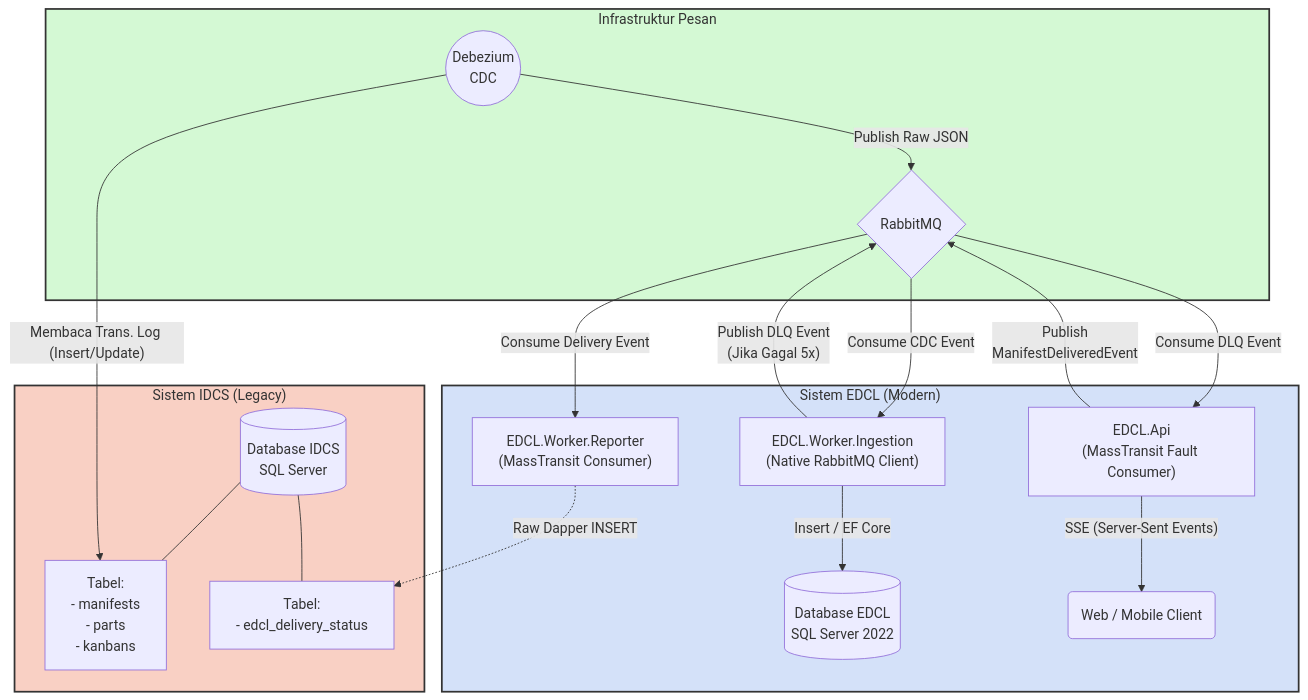
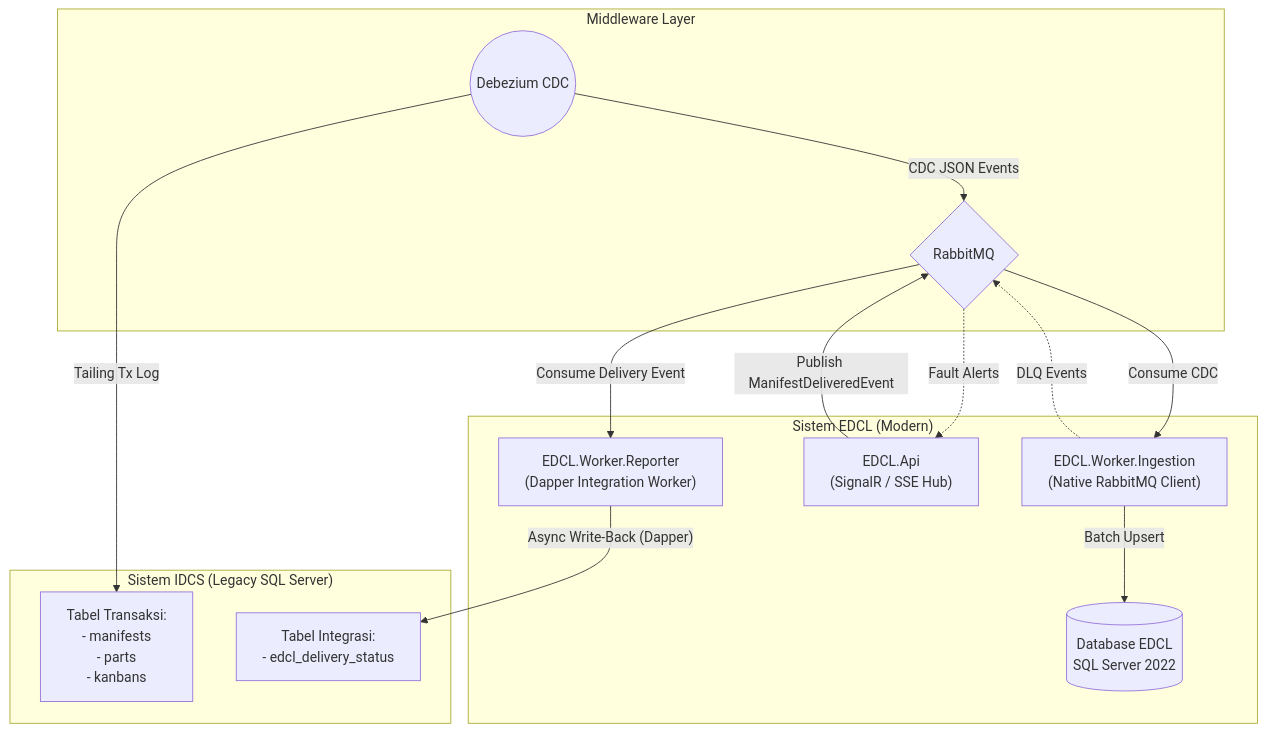
The diagram in docs/architecture/idcs-edcl-integration.md (odealidj/minione-edcl-net), drawn with Mermaid before and after one commit. The commit also changed other lines of this file and 21 other files, not shown here.

````diff
--- a/docs/architecture/idcs-edcl-integration.md
+++ b/docs/architecture/idcs-edcl-integration.md
@@ -11,61 +9,32 @@
 ```mermaid
 flowchart TD
-    %% Define Styles
-    classDef idcsSystem fill:#f9d0c4,stroke:#333,stroke-width:2px;
-    classDef edclSystem fill:#d4e1f9,stroke:#333,stroke-width:2px;
-    classDef broker fill:#d4f9d4,stroke:#333,stroke-width:2px;
+    subgraph IDCS ["Sistem IDCS (Legacy SQL Server)"]
+        tbl_manifest["Tabel Transaksi:\n- manifests\n- parts\n- kanbans"]
+        tbl_delivery["Tabel Integrasi:\n- edcl_delivery_status"]
+    end
 
-    %% --------------------------------
-    %% 1. IDCS BOUNDARY
-    %% --------------------------------
-    subgraph IDCS ["Sistem IDCS (Legacy)"]
-        idcs_db[("Database IDCS\nSQL Server")]
-        tbl_manifest["Tabel:\n- manifests\n- parts\n- kanbans"]
-        tbl_delivery["Tabel:\n- edcl_delivery_status"]
-        
-        idcs_db --- tbl_manifest
-        idcs_db --- tbl_delivery
-    end
-    class IDCS idcsSystem;
-
-    %% --------------------------------
-    %% 2. MESSAGE BROKER BOUNDARY
-    %% --------------------------------
-    subgraph Middleware ["Infrastruktur Pesan"]
-        debezium(("Debezium\nCDC"))
+    subgraph Middleware ["Middleware Layer"]
+        debezium(("Debezium CDC"))
         rabbitmq{"RabbitMQ"}
         
-        debezium -- Membaca Trans. Log (Insert/Update) --> tbl_manifest
-        debezium -- Publish Raw JSON --> rabbitmq
+        debezium -- "Tailing Tx Log" --> tbl_manifest
+        debezium -- "CDC JSON Events" --> rabbitmq
     end
-    class Middleware broker;
 
-    %% --------------------------------
-    %% 3. EDCL BOUNDARY
-    %% --------------------------------
     subgraph EDCL ["Sistem EDCL (Modern)"]
         worker_ingestion["EDCL.Worker.Ingestion\n(Native RabbitMQ Client)"]
-        edcl_api["EDCL.Api\n(MassTransit Fault Consumer)"]
+        edcl_api["EDCL.Api\n(SignalR / SSE Hub)"]
         edcl_db[("Database EDCL\nSQL Server 2022")]
-        edcl_ui("Web / Mobile Client")
+        worker_reporter["EDCL.Worker.Reporter\n(Dapper Integration Worker)"]
         
-        worker_reporter["EDCL.Worker.Reporter\n(MassTransit Consumer)"]
+        rabbitmq -- "Consume CDC" --> worker_ingestion
+        worker_ingestion -- "Batch Upsert" --> edcl_db
+        worker_ingestion -. "DLQ Events" .-> rabbitmq
+        rabbitmq -. "Fault Alerts" .-> edcl_api
         
-        %% Ingestion Flow
-        rabbitmq -- Consume CDC Event --> worker_ingestion
-        worker_ingestion -- Insert / EF Core --> edcl_db
-        worker_ingestion -- Publish DLQ Event\n(Jika Gagal 5x) --> rabbitmq
-        rabbitmq -- Consume DLQ Event --> edcl_api
-        edcl_api -- SSE (Server-Sent Events) --> edcl_ui
-        
-        %% Write-Back Flow
-        edcl_api -- Publish\nManifestDeliveredEvent --> rabbitmq
-        rabbitmq -- Consume Delivery Event --> worker_reporter
+        edcl_api -- "Publish ManifestDeliveredEvent" --> rabbitmq
+        rabbitmq -- "Consume Delivery Event" --> worker_reporter
     end
-    class EDCL edclSystem;
 
-    %% --------------------------------
-    %% WRITE-BACK CONNECTION
-    %% --------------------------------
-    worker_reporter -. "Raw Dapper INSERT" .-> tbl_delivery
+    worker_reporter -- "Async Write-Back (Dapper)" --> tbl_delivery
 ```
````
